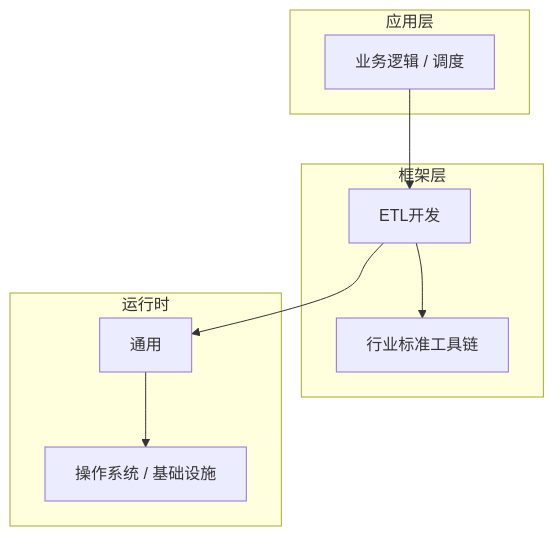
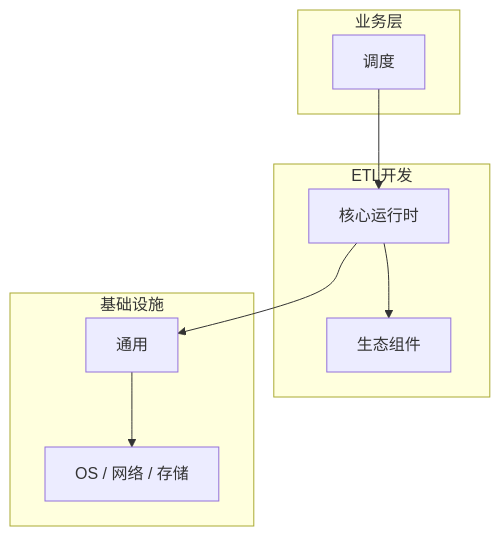
One commit to yanggan2015/knowledge-json-v2 changed the diagram in articles/ETL开发/chapters/031-调度核心概念与原理.md. Above: the diagram before and after it, drawn with Mermaid. The commit also changed other lines of this file and 10127 other files, not shown here.

````diff
--- a/articles/ETL开发/chapters/031-调度核心概念与原理.md
+++ b/articles/ETL开发/chapters/031-调度核心概念与原理.md
@@ -45,18 +34,18 @@
 ```mermaid
 graph TB
-    subgraph 应用层
-        A[业务逻辑 / 调度]
+    subgraph 业务层
+        A[调度]
     end
-    subgraph 框架层
-        B[ETL开发]
-        C[行业标准工具链]
+    subgraph ETL开发
+        B[核心运行时]
+        C[生态组件]
     end
-    subgraph 运行时
+    subgraph 基础设施
         D[通用]
-        E[操作系统 / 基础设施]
+        E[OS / 网络 / 存储]
     end
     A --> B
     B --> C
     B --> D
     D --> E
 ```
````
